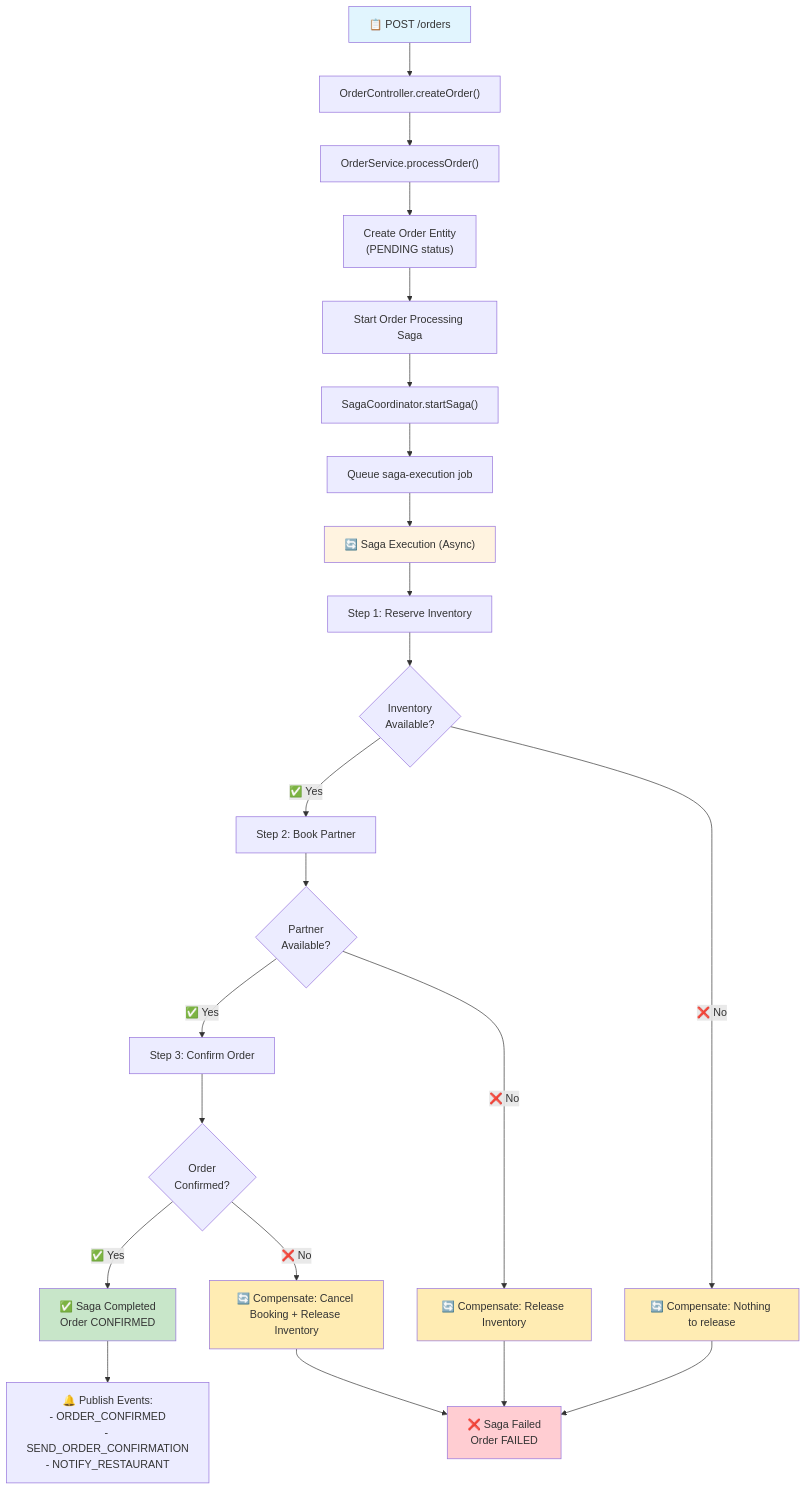
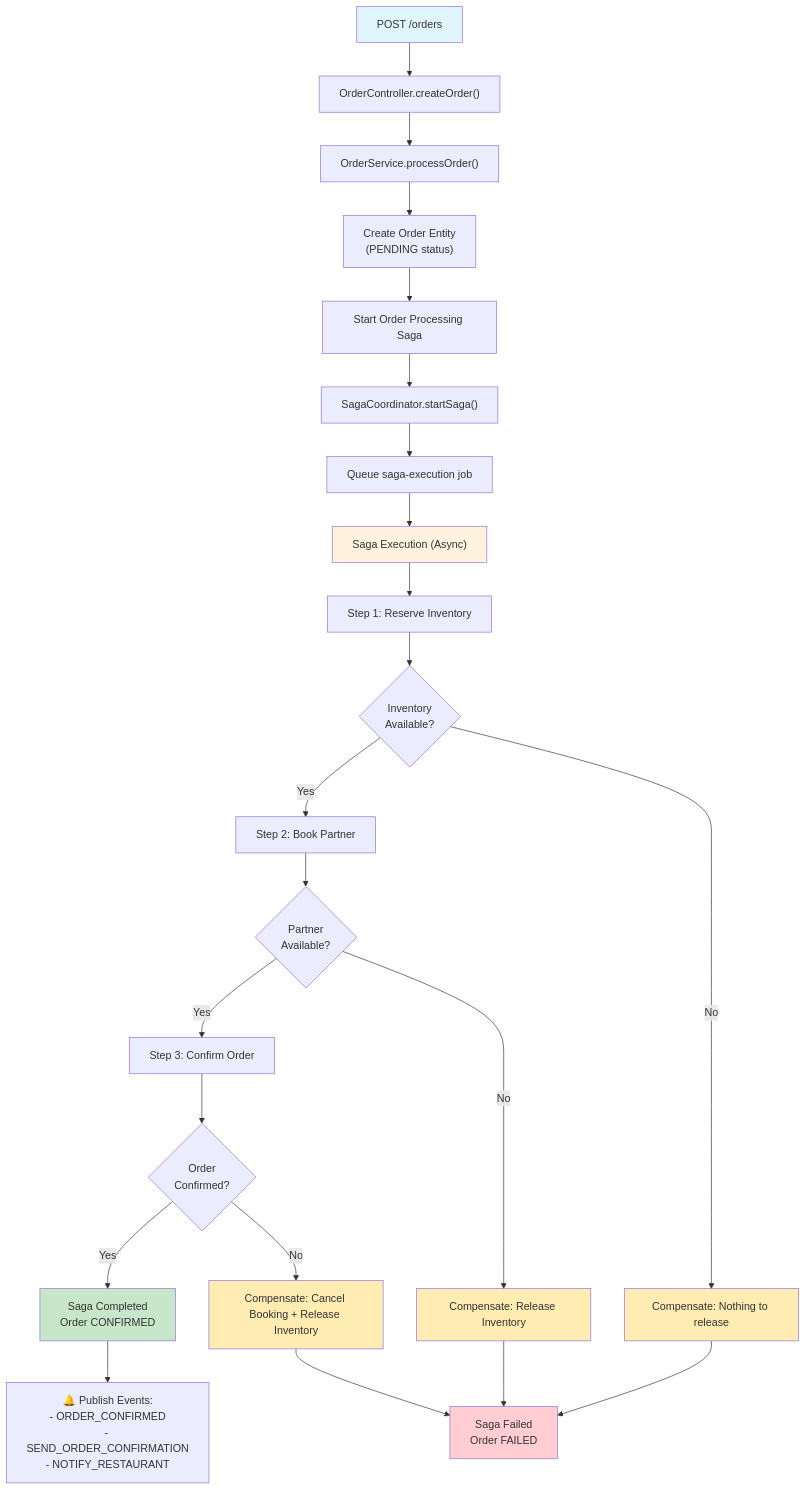
The second of 2 diagrams in README-SAGA-IMPLEMENTATION.md (omarAboElWafa/UOOM), drawn with Mermaid before and after one commit. The commit also changed other lines of this file and 5 other files, not shown here.

````diff
--- a/README-SAGA-IMPLEMENTATION.md
+++ b/README-SAGA-IMPLEMENTATION.md
@@ -41,37 +41,37 @@
 ```mermaid
 graph TD
-    A["📋 POST /orders"] --> B["OrderController.createOrder()"]
+    A["POST /orders"] --> B["OrderController.createOrder()"]
     B --> C["OrderService.processOrder()"]
     C --> D["Create Order Entity<br/>(PENDING status)"]
     D --> E["Start Order Processing Saga"]
     E --> F["SagaCoordinator.startSaga()"]
     F --> G["Queue saga-execution job"]
     
-    G --> H["🔄 Saga Execution (Async)"]
+    G --> H["Saga Execution (Async)"]
     H --> I["Step 1: Reserve Inventory"]
     I --> J{Inventory<br/>Available?}
-    J -->|✅ Yes| K["Step 2: Book Partner"]
-    J -->|❌ No| L["🔄 Compensate: Nothing to release"]
+    J -->|Yes| K["Step 2: Book Partner"]
+J -->|No| L["Compensate: Nothing to release"]
     
     K --> M{Partner<br/>Available?}
-    M -->|✅ Yes| N["Step 3: Confirm Order"]
-    M -->|❌ No| O["🔄 Compensate: Release Inventory"]
+    M -->|Yes| N["Step 3: Confirm Order"]
+M -->|No| O["Compensate: Release Inventory"]
     
     N --> P{Order<br/>Confirmed?}
-    P -->|✅ Yes| Q["✅ Saga Completed<br/>Order CONFIRMED"]
-    P -->|❌ No| R["🔄 Compensate: Cancel Booking + Release Inventory"]
+    P -->|Yes| Q["Saga Completed<br/>Order CONFIRMED"]
+P -->|No| R["Compensate: Cancel Booking + Release Inventory"]
     
-    L --> S["❌ Saga Failed<br/>Order FAILED"]
+    L --> S["Saga Failed<br/>Order FAILED"]
     O --> S
     R --> S
     
     Q --> T["🔔 Publish Events:<br/>- ORDER_CONFIRMED<br/>- SEND_ORDER_CONFIRMATION<br/>- NOTIFY_RESTAURANT"]
     
     style A fill:#e1f5fe
     style Q fill:#c8e6c9
     style S fill:#ffcdd2
     style H fill:#fff3e0
     style L fill:#ffecb3
     style O fill:#ffecb3
     style R fill:#ffecb3
 ```
````
